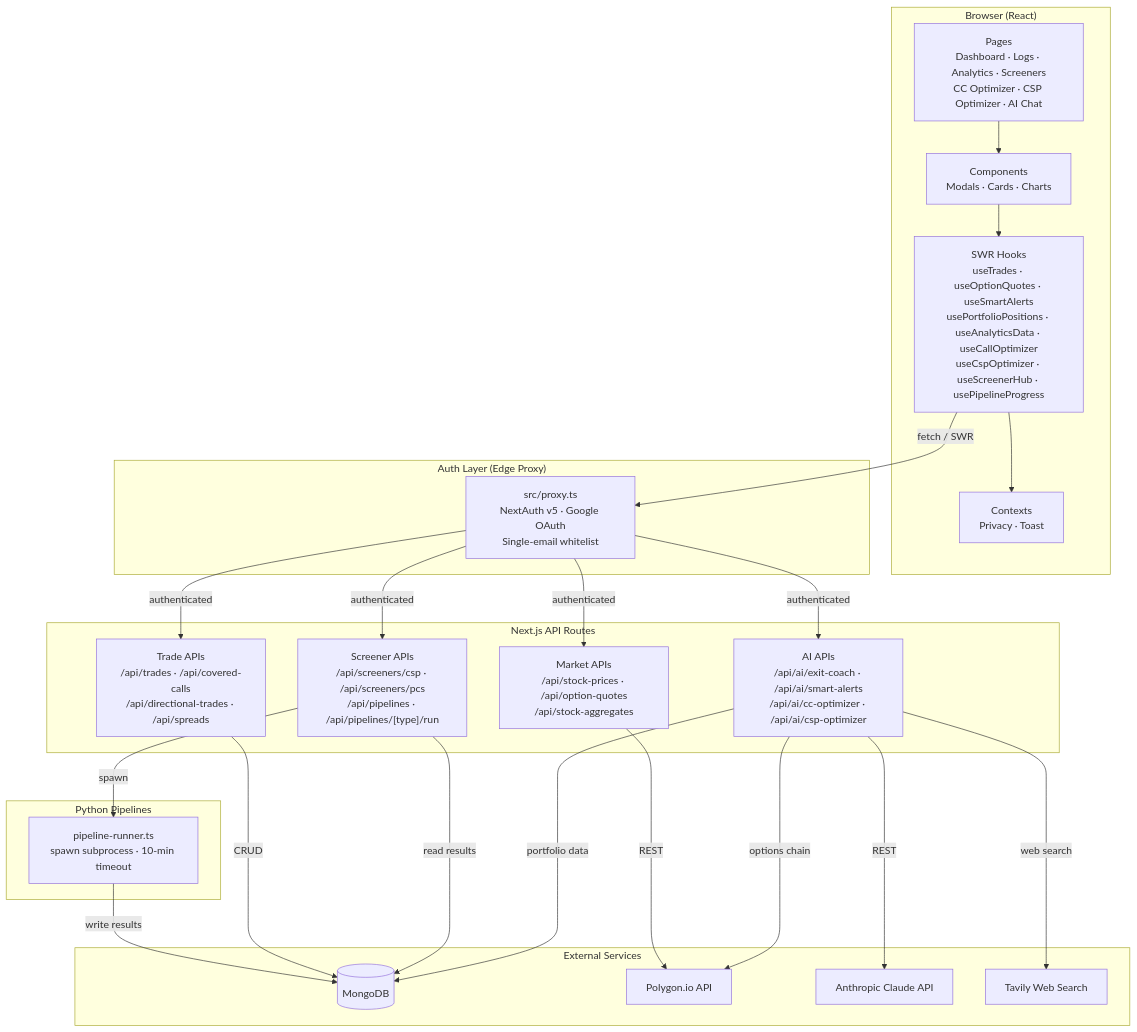
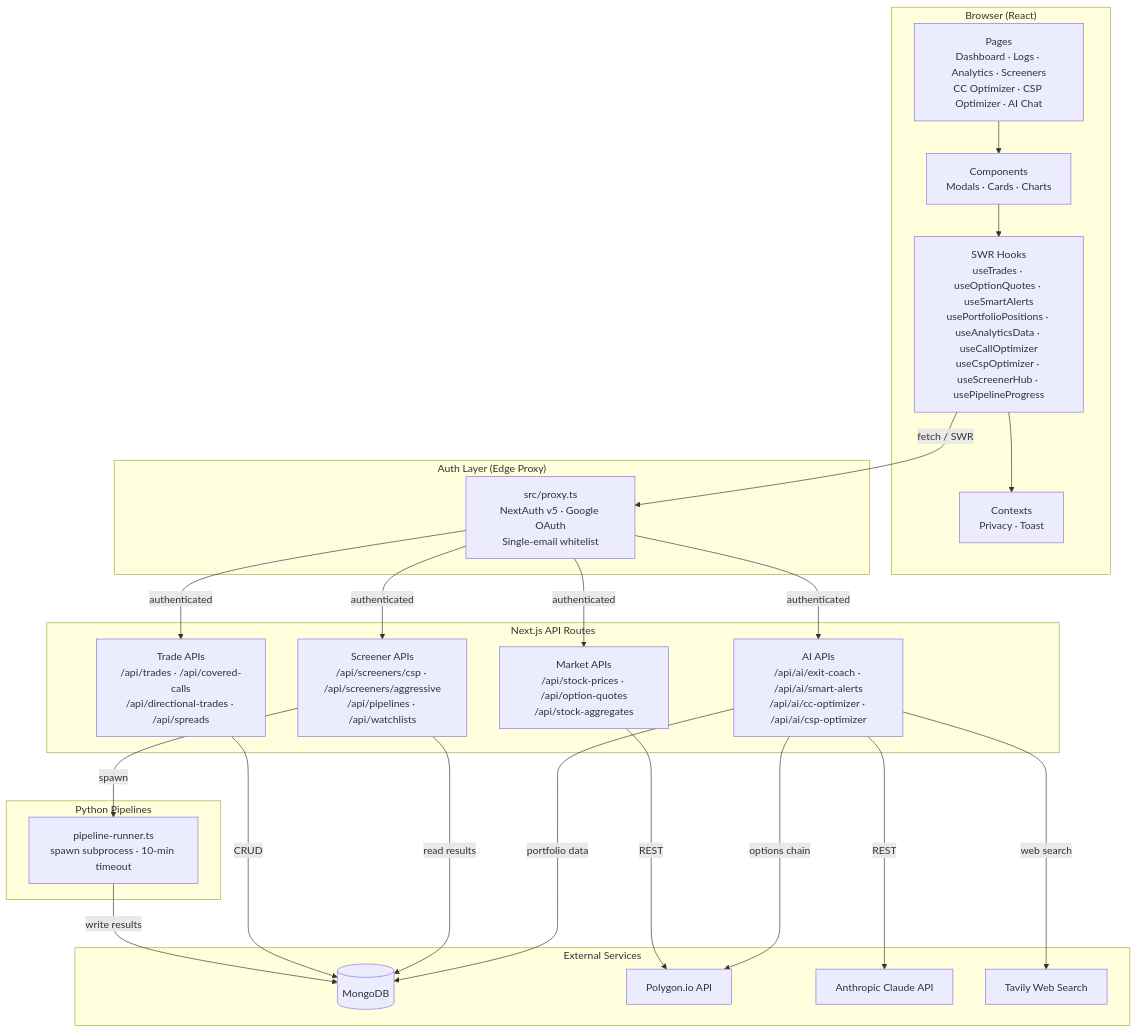
Before and after one commit to OptiTrade-AI/trading-dashboard: the first of 9 diagrams in docs/architecture.md, drawn with Mermaid. The commit also changed other lines of this file and 29 other files, not shown here.

First line of the commit message:
Remove PCS, Charts, and Swing pipelines — keep only CSP and Aggressive (#31)

````diff
--- a/docs/architecture.md
+++ b/docs/architecture.md
@@ -9,50 +9,50 @@
 ```mermaid
 graph TB
     subgraph Client["Browser (React)"]
         Pages["Pages<br/>Dashboard · Logs · Analytics · Screeners<br/>CC Optimizer · CSP Optimizer · AI Chat"]
         Components["Components<br/>Modals · Cards · Charts"]
         Hooks["SWR Hooks<br/>useTrades · useOptionQuotes · useSmartAlerts<br/>usePortfolioPositions · useAnalyticsData · useCallOptimizer<br/>useCspOptimizer · useScreenerHub · usePipelineProgress"]
         Contexts["Contexts<br/>Privacy · Toast"]
     end
 
     subgraph Auth["Auth Layer (Edge Proxy)"]
         Proxy["src/proxy.ts<br/>NextAuth v5 · Google OAuth<br/>Single-email whitelist"]
     end
 
     subgraph Server["Next.js API Routes"]
         TradeAPI["Trade APIs<br/>/api/trades · /api/covered-calls<br/>/api/directional-trades · /api/spreads"]
         MarketAPI["Market APIs<br/>/api/stock-prices · /api/option-quotes<br/>/api/stock-aggregates"]
         AIAPI["AI APIs<br/>/api/ai/exit-coach · /api/ai/smart-alerts<br/>/api/ai/cc-optimizer · /api/ai/csp-optimizer"]
-        ScreenerAPI["Screener APIs<br/>/api/screeners/csp · /api/screeners/pcs<br/>/api/pipelines · /api/pipelines/[type]/run"]
+        ScreenerAPI["Screener APIs<br/>/api/screeners/csp · /api/screeners/aggressive<br/>/api/pipelines · /api/watchlists"]
     end
 
     subgraph Pipelines["Python Pipelines"]
         PipelineRunner["pipeline-runner.ts<br/>spawn subprocess · 10-min timeout"]
     end
 
     subgraph External["External Services"]
         MongoDB[(MongoDB)]
         Polygon["Polygon.io API"]
         Anthropic["Anthropic Claude API"]
         Tavily["Tavily Web Search"]
     end
 
     ScreenerAPI -->|spawn| PipelineRunner
     PipelineRunner -->|write results| MongoDB
 
     Pages --> Components
     Components --> Hooks
     Hooks --> Contexts
     Hooks -->|fetch / SWR| Proxy
     Proxy -->|authenticated| TradeAPI
     Proxy -->|authenticated| MarketAPI
     Proxy -->|authenticated| AIAPI
     Proxy -->|authenticated| ScreenerAPI
     TradeAPI -->|CRUD| MongoDB
     ScreenerAPI -->|read results| MongoDB
     MarketAPI -->|REST| Polygon
     AIAPI -->|REST| Anthropic
     AIAPI -->|portfolio data| MongoDB
     AIAPI -->|options chain| Polygon
     AIAPI -->|web search| Tavily
 ```
````
